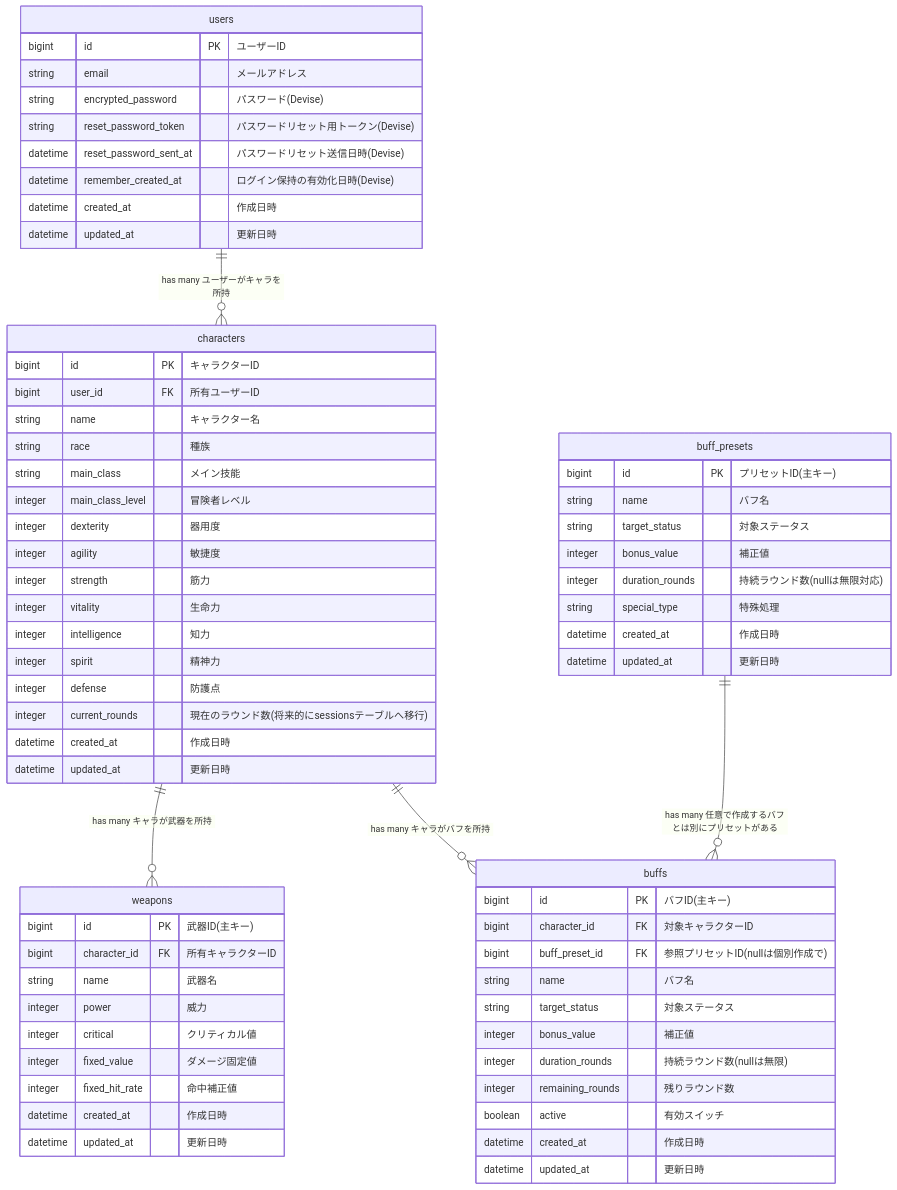
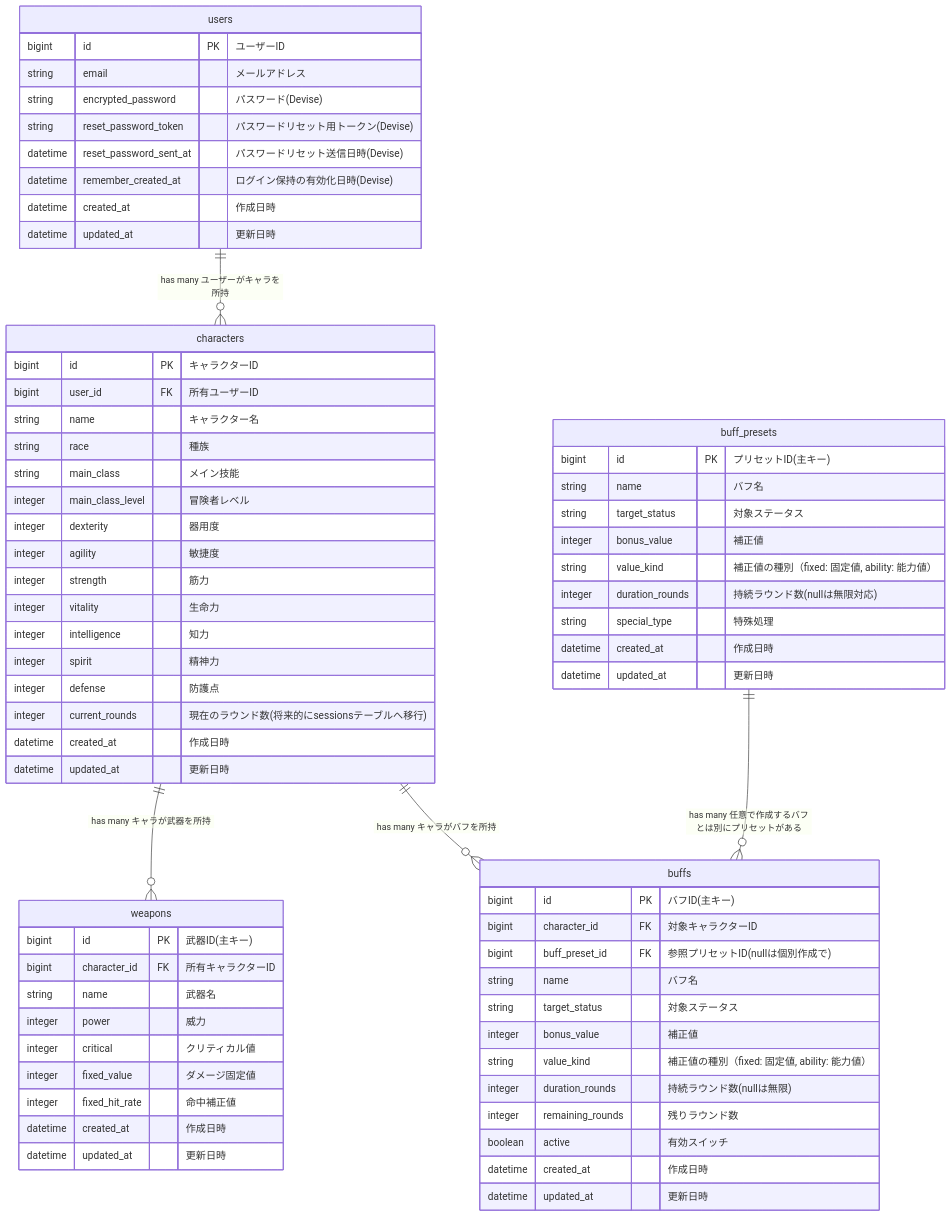
One commit to kouta-wolf/vitals-roll changed the diagram in docs/ER.md. Above: the diagram before and after it, drawn with Mermaid. The commit also changed 2 other files, not shown here.

Commit message:
doc: ER図の一部修正
value_kindの挿入

````diff
--- a/docs/ER.md
+++ b/docs/ER.md
@@ -15,75 +15,77 @@
 ```mermaid
 erDiagram
 
     users {
         bigint id PK "ユーザーID"
         string email "メールアドレス"
         string encrypted_password "パスワード(Devise)"
         string reset_password_token "パスワードリセット用トークン(Devise)"
         datetime reset_password_sent_at "パスワードリセット送信日時(Devise)"
         datetime remember_created_at "ログイン保持の有効化日時(Devise)"
         datetime created_at "作成日時"
         datetime updated_at "更新日時"
     }
 
     characters {
         bigint id PK "キャラクターID"
         bigint user_id FK "所有ユーザーID"
         string name "キャラクター名"
         string race "種族"
         string main_class "メイン技能"
         integer main_class_level "冒険者レベル"
         integer dexterity "器用度"
         integer agility "敏捷度"
         integer strength "筋力"
         integer vitality "生命力"
         integer intelligence "知力"
         integer spirit "精神力"
         integer defense "防護点"
         integer current_rounds "現在のラウンド数(将来的にsessionsテーブルへ移行)"
         datetime created_at "作成日時"
         datetime updated_at "更新日時"
     }
 
     weapons {
         bigint id PK "武器ID(主キー)"
         bigint character_id FK "所有キャラクターID"
         string name "武器名"
         integer power "威力"
         integer critical "クリティカル値"
         integer fixed_value "ダメージ固定値"
         integer fixed_hit_rate "命中補正値"
         datetime created_at "作成日時"
         datetime updated_at "更新日時"
     }
 
     buff_presets {
         bigint id PK "プリセットID(主キー)"
         string name "バフ名"
         string target_status "対象ステータス"
         integer bonus_value "補正値"
+        string value_kind "補正値の種別（fixed: 固定値, ability: 能力値）"
         integer duration_rounds "持続ラウンド数(nullは無限対応)"
         string special_type "特殊処理"
         datetime created_at "作成日時"
         datetime updated_at "更新日時"
     }
 
     buffs {
         bigint id PK "バフID(主キー)"
         bigint character_id FK "対象キャラクターID"
         bigint buff_preset_id FK "参照プリセットID(nullは個別作成で)"
         string name "バフ名"
         string target_status "対象ステータス"
         integer bonus_value "補正値"
+        string value_kind "補正値の種別（fixed: 固定値, ability: 能力値）"
         integer duration_rounds "持続ラウンド数(nullは無限)"
         integer remaining_rounds "残りラウンド数"
         boolean active "有効スイッチ"
         datetime created_at "作成日時"
         datetime updated_at "更新日時"
     }
 
     users ||--o{ characters : "has many ユーザーがキャラを所持"
     characters ||--o{ weapons : "has many キャラが武器を所持"
     characters ||--o{ buffs : "has many キャラがバフを所持"
     buff_presets ||--o{ buffs : "has many 任意で作成するバフとは別にプリセットがある"
 ```
````
